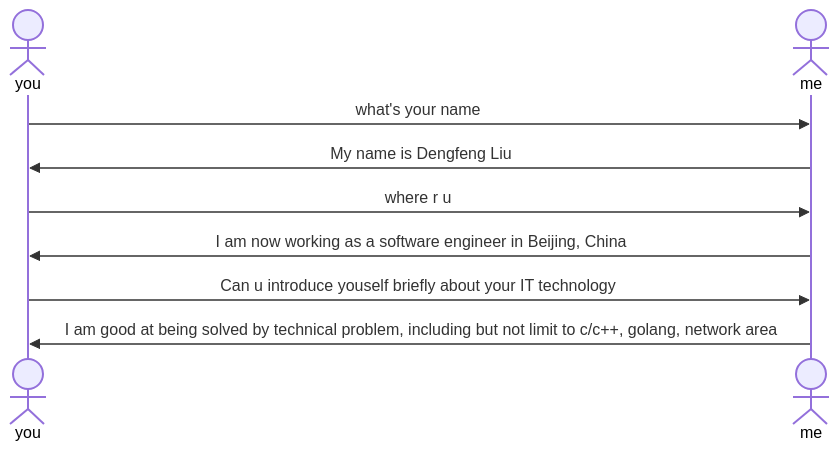
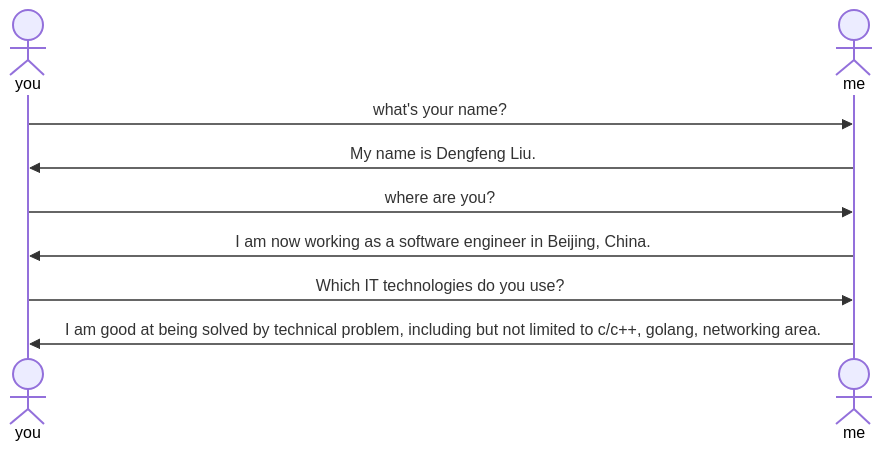
One commit to liudf0716/liudf0716 changed the diagram in README.md. Above: the diagram before and after it, drawn with Mermaid.

````diff
--- a/README.md
+++ b/README.md
@@ -17,12 +17,12 @@
 ```mermaid
 sequenceDiagram
   actor you
   actor me
   
-  you ->> me : what's your name
-  me ->> you : My name is Dengfeng Liu
-  you ->> me : where r u
-  me ->> you : I am now working as a software engineer in Beijing, China
-  you ->> me : Can u introduce youself briefly about your IT technology
-  me ->> you : I am good at being solved by technical problem, including but not limit to c/c++, golang, network area
+  you ->> me : what's your name?
+  me ->> you : My name is Dengfeng Liu.
+  you ->> me : where are you?
+  me ->> you : I am now working as a software engineer in Beijing, China.
+  you ->> me : Which IT technologies do you use?
+  me ->> you : I am good at being solved by technical problem, including but not limited to c/c++, golang, networking area.
 ```
````
